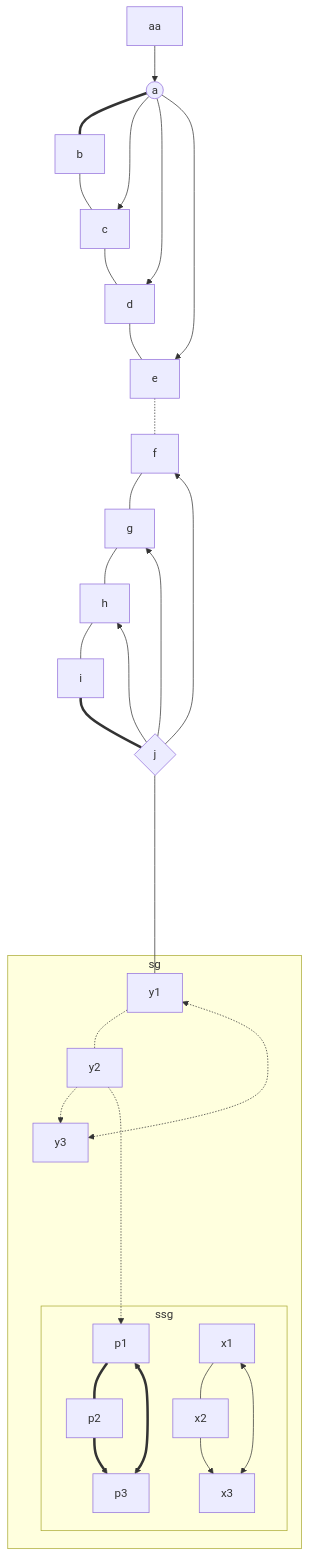
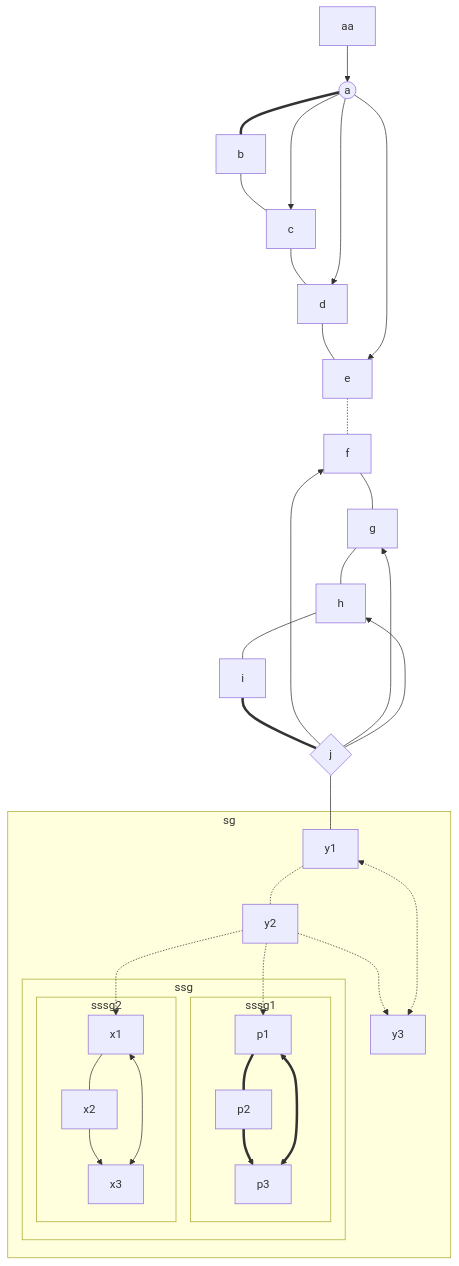
One commit to bunnybones1/merrow changed the diagram in src/mermaid-flowchart.md. Above: the diagram before and after it, drawn with Mermaid. The commit also changed 5 other files, not shown here.

````diff
--- a/src/mermaid-flowchart.md
+++ b/src/mermaid-flowchart.md
@@ -2,23 +2,28 @@
 ```mermaid
 flowchart 
 a((a))
 j{j}
 aa --> a === b --- c --- d --- e -.- f --- g --- h --- i === j
 
 a --> c
 a --> d
 a --> e
 j --> f
 j --> g
 j --> h
 
 subgraph sg
 subgraph ssg
+subgraph sssg1
 p1 === p2 ==> p3 <==> p1
+end
+subgraph sssg2
 x1 --- x2 --> x3 <--> x1
+end
 end
 y1 -.- y2 -.-> y3 <-.-> y1
 end
-j ------- y1
-y2 -.....-> p1
+j --- y1
+y2 -.-> p1
+y2 -.-> x1
 ```
````
